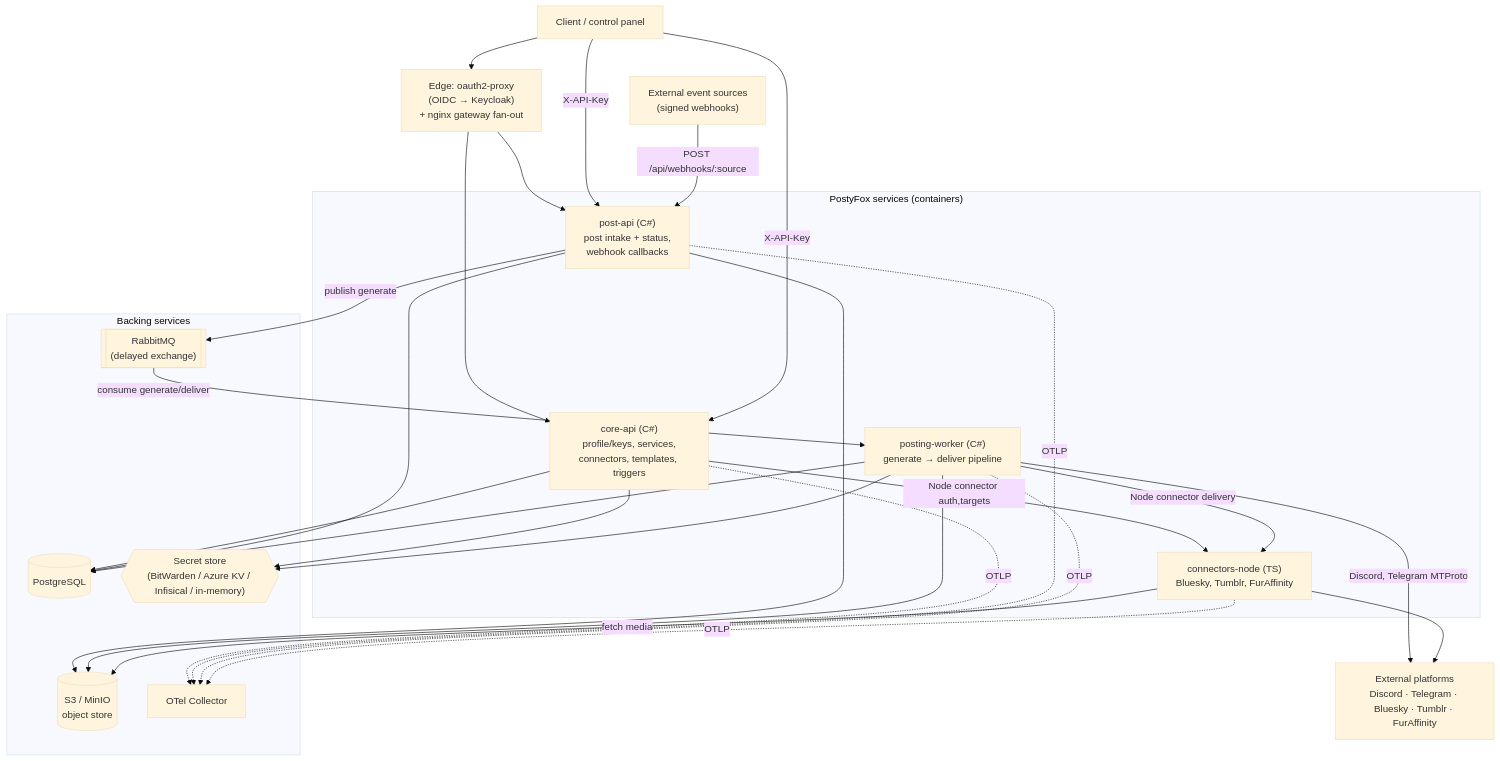
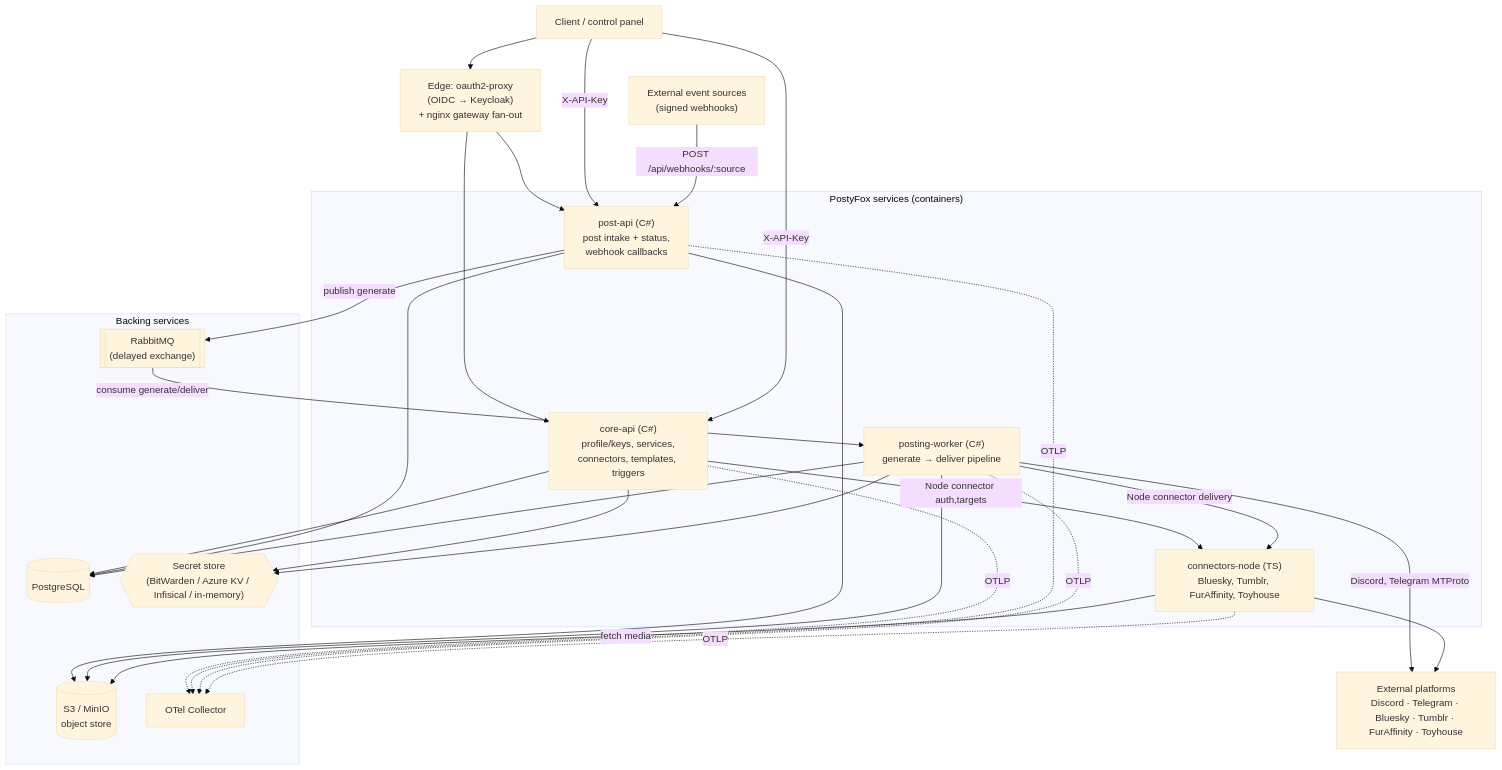
The first of 7 diagrams in docs/ARCHITECTURE.md (PostyFox/postyfox-core), drawn with Mermaid (base theme) before and after one commit. The commit also changed other lines of this file and 38 other files, not shown here.

````diff
--- a/docs/ARCHITECTURE.md
+++ b/docs/ARCHITECTURE.md
@@ -34,40 +35,40 @@
 ```mermaid
 flowchart TB
     client["Client / control panel"]
     edge["Edge: oauth2-proxy<br/>(OIDC → Keycloak)<br/>+ nginx gateway fan-out"]
 
     subgraph apps["PostyFox services (containers)"]
         core["core-api (C#)<br/>profile/keys, services,<br/>connectors, templates, triggers"]
         post["post-api (C#)<br/>post intake + status,<br/>webhook callbacks"]
         worker["posting-worker (C#)<br/>generate → deliver pipeline"]
-        node["connectors-node (TS)<br/>Bluesky, Tumblr, FurAffinity"]
+        node["connectors-node (TS)<br/>Bluesky, Tumblr, FurAffinity, Toyhouse"]
     end
 
     subgraph backing["Backing services"]
         pg[("PostgreSQL")]
         s3[("S3 / MinIO<br/>object store")]
         mq[["RabbitMQ<br/>(delayed exchange)"]]
         sec{{"Secret store<br/>(BitWarden / Azure KV / Infisical / in-memory)"}}
         otel["OTel Collector"]
     end
 
-    ext["External platforms<br/>Discord · Telegram · Bluesky · Tumblr · FurAffinity"]
+    ext["External platforms<br/>Discord · Telegram · Bluesky · Tumblr · FurAffinity · Toyhouse"]
     src["External event sources<br/>(signed webhooks)"]
 
     client --> edge --> core & post
     client -->|X-API-Key| core & post
 
     core --> pg & sec
     core -->|Node connector auth,targets| node
     post --> pg & s3
     post -->|publish generate| mq
     src -->|POST /api/webhooks/:source| post
 
     mq -->|consume generate/deliver| worker
     worker --> pg & s3 & sec
     worker -->|Discord, Telegram MTProto| ext
     worker -->|Node connector delivery| node --> ext
     node -->|fetch media| s3
 
     core & post & worker & node -.OTLP.-> otel
 ```
````
